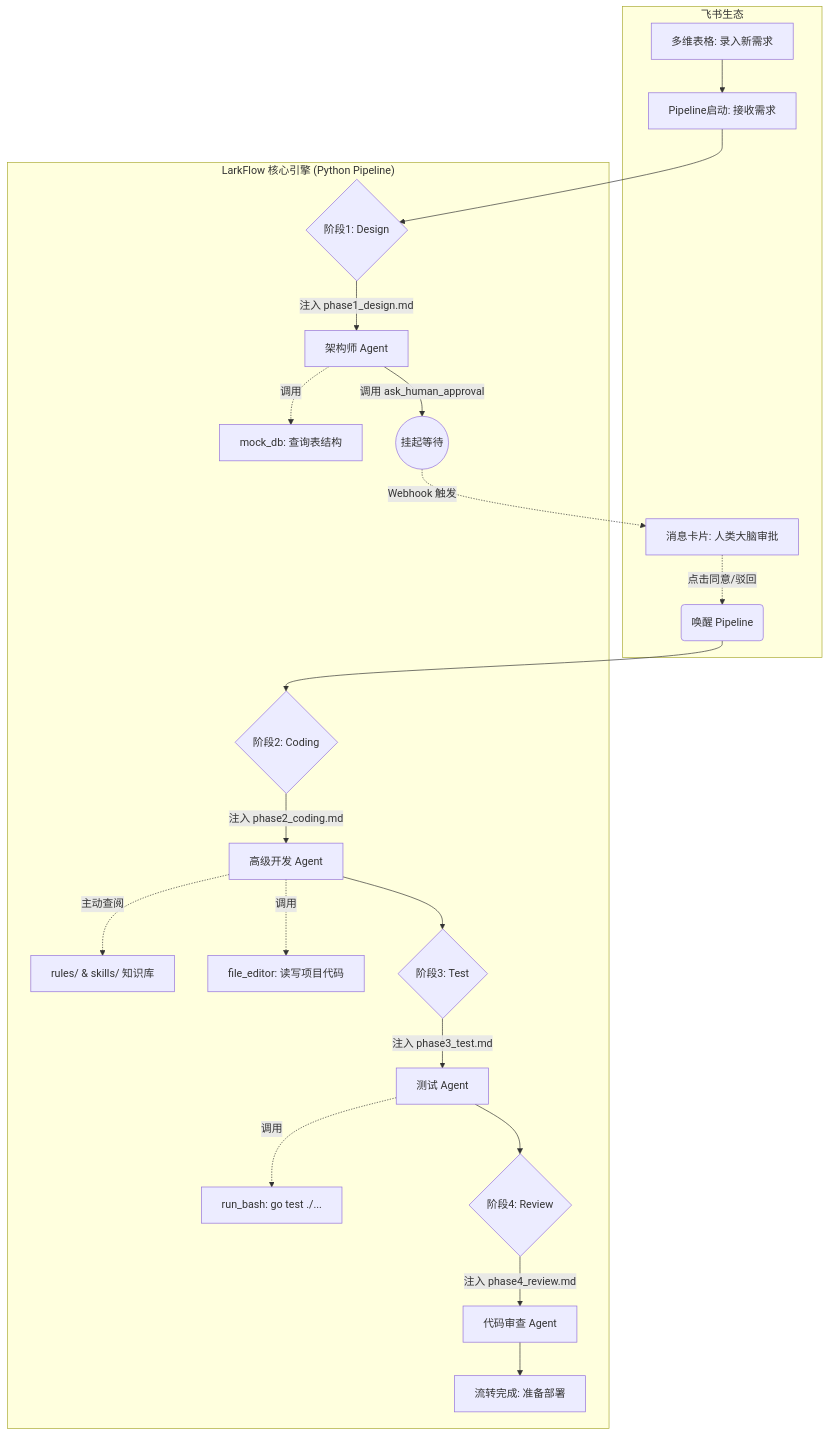
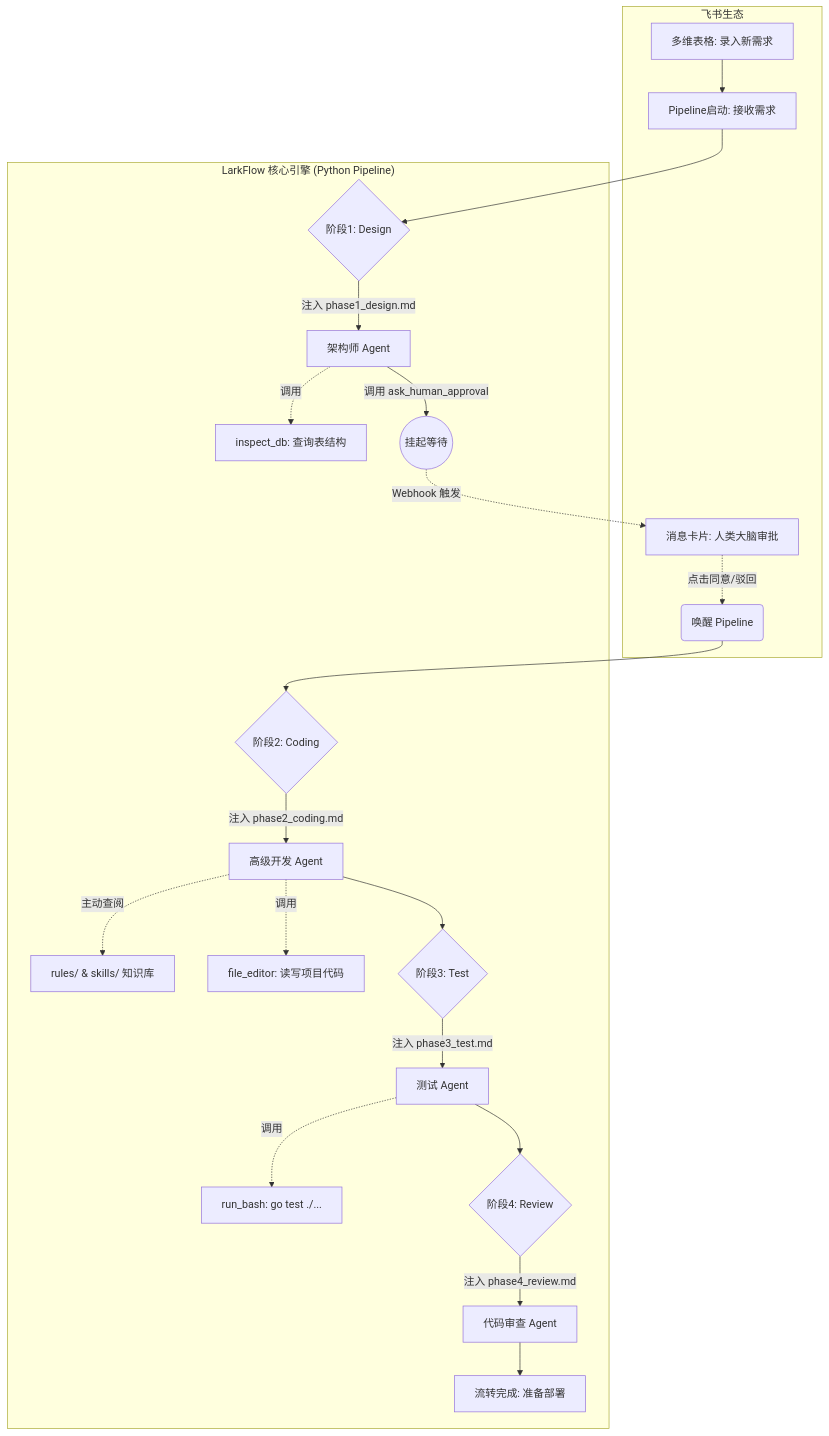
The diagram in README.md (T-X-1013/LarkFlow), drawn with Mermaid before and after one commit. The commit also changed other lines of this file and 7 other files, not shown here.

````diff
--- a/README.md
+++ b/README.md
@@ -22,25 +22,25 @@
 ```mermaid
 graph TD
     subgraph 飞书生态
         A[多维表格: 录入新需求] --> B
         H[消息卡片: 人类大脑审批] -.->|点击同意/驳回| I(唤醒 Pipeline)
     end
 
     subgraph lfe["LarkFlow 核心引擎 (Python Pipeline)"]
         B[Pipeline启动: 接收需求] --> C{阶段1: Design}
         C -->|注入 phase1_design.md| D[架构师 Agent]
-        D -.->|调用| T1[mock_db: 查询表结构]
+        D -.->|调用| T1[inspect_db: 查询表结构]
         D -->|调用 ask_human_approval| E((挂起等待))
         E -.->|Webhook 触发| H
         I --> F{阶段2: Coding}
         F -->|注入 phase2_coding.md| J[高级开发 Agent]
         J -.->|主动查阅| R[rules/ & skills/ 知识库]
         J -.->|调用| T2[file_editor: 读写项目代码]
         J --> L{阶段3: Test}
         L -->|注入 phase3_test.md| M[测试 Agent]
         M -.->|调用| T3[run_bash: go test ./...]
         M --> O{阶段4: Review}
         O -->|注入 phase4_review.md| P[代码审查 Agent]
         P --> N[流转完成: 准备部署]
     end
 ```
````
